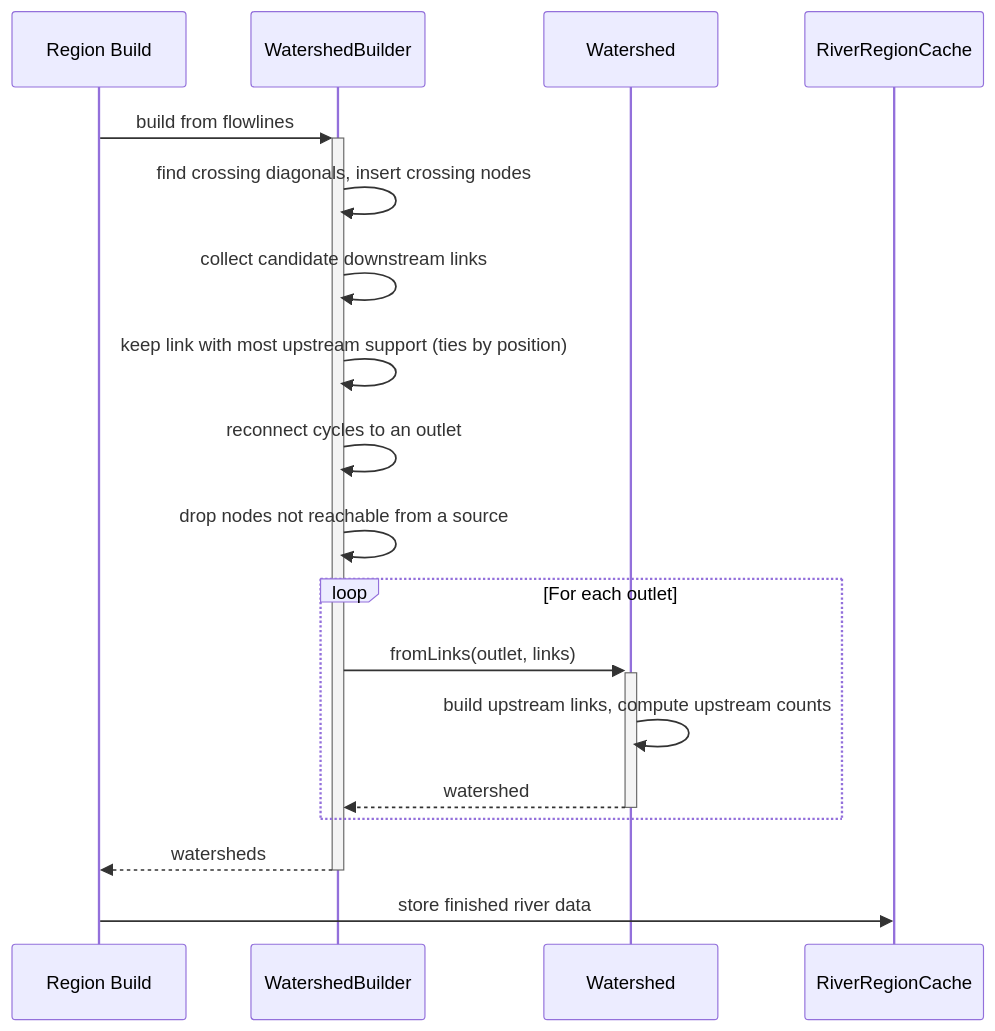
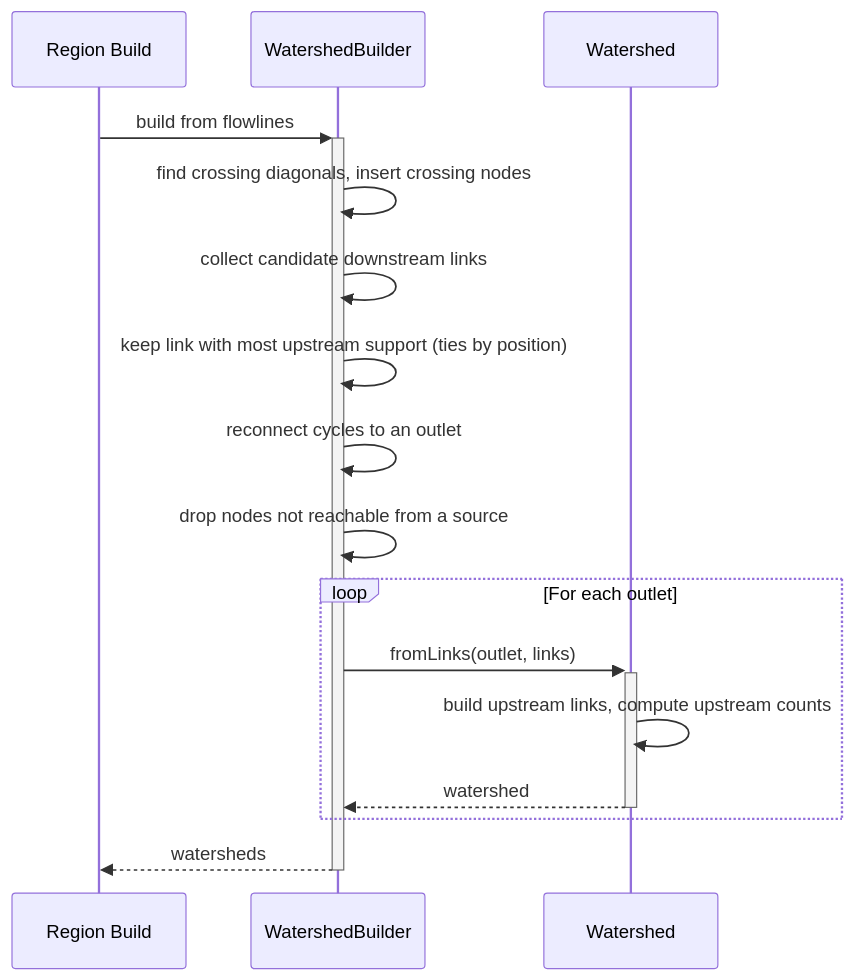
Before and after one commit to SoSly/RiverTale: diagram 14 of 20 in docs/features/rivers/Rough Diagrams.md, drawn with Mermaid. The commit also changed other lines of this file and 12 other files, not shown here.

````diff
--- a/docs/features/rivers/Rough Diagrams.md
+++ b/docs/features/rivers/Rough Diagrams.md
@@ -430,25 +432,22 @@
 ```mermaid
 sequenceDiagram
     participant Build as Region Build
     participant WatershedBuilder
     participant Watershed
-    participant RiverRegionCache
 
     Build ->>+ WatershedBuilder: build from flowlines
 
     WatershedBuilder ->> WatershedBuilder: find crossing diagonals, insert crossing nodes
     WatershedBuilder ->> WatershedBuilder: collect candidate downstream links
     WatershedBuilder ->> WatershedBuilder: keep link with most upstream support (ties by position)
     WatershedBuilder ->> WatershedBuilder: reconnect cycles to an outlet
     WatershedBuilder ->> WatershedBuilder: drop nodes not reachable from a source
 
     loop For each outlet
         WatershedBuilder ->>+ Watershed: fromLinks(outlet, links)
         Watershed ->> Watershed: build upstream links, compute upstream counts
         Watershed -->>- WatershedBuilder: watershed
     end
 
     WatershedBuilder -->>- Build: watersheds
-
-    Build ->> RiverRegionCache: store finished river data
 ```
````
